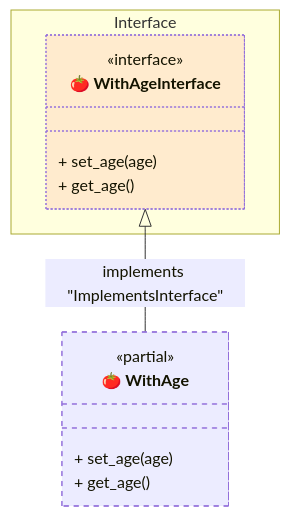
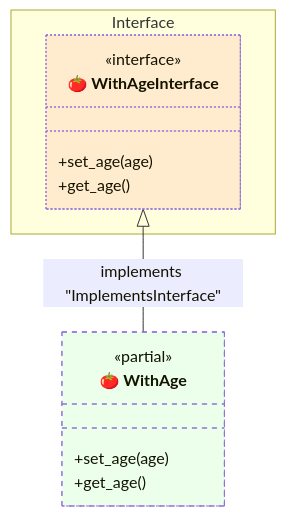
Before and after one commit to thecodecrate/python-pipeline: the eighth of 12 diagrams in tests/spec-001--class-composition-with-partial-classes.md, drawn with Mermaid. The commit also changed other lines of this file, not shown here.

````diff
--- a/tests/spec-001--class-composition-with-partial-classes.md
+++ b/tests/spec-001--class-composition-with-partial-classes.md
@@ -365,31 +389,32 @@
 ```mermaid
 classDiagram
     namespace Interface {
         class Interface1["🍅 WithAgeInterface"] {
             <<interface>>
-            + set_age(age)
-            + get_age()
+            +set_age(age)
+            +get_age()
         }
     }
 
-    class Partial1["🍅 WithAge"] {
+    class Partial1_["🍅 WithAge"] {
         <<partial>>
-        + set_age(age)
-        + get_age()
+        +set_age(age)
+        +get_age()
     }
 
     %% Relationships
-    Interface1 <|-- Partial1 : implements "ImplementsInterface"
+    Interface1 <|-- Partial1_ : implements "ImplementsInterface"
 
     %% Apply Styles
-    style Base fill:#ffff6020, stroke-dasharray: 5 5
-    style Composed bugfix:#111, stroke-width:2px, font-weight: bold
-    style Partial1 bugfix:#111, stroke-dasharray: 5 5
-    style Partial2 bugfix:#111, stroke-dasharray: 5 5
-    style Partial3 bugfix:#111, stroke-dasharray: 5 5
-    style Partial4 bugfix:#111, stroke-dasharray: 5 5
+    style Base_ fill:#ffff6020, stroke-dasharray: 5 5
+    style Composed_ bugfix:#111, stroke-width:2px, font-weight: bold
+    style External1 bugfix:#111, stroke-width:2px, font-weight: bold
+    style Partial1_ fill:#60ff6020, stroke-dasharray: 5 5
+    style Partial2_ fill:#60ff6020, stroke-dasharray: 5 5
+    style Partial3_ fill:#60ff6020, stroke-dasharray: 5 5
+    style Partial4_ fill:#60ff6020, stroke-dasharray: 5 5
     style Interface1 fill:#ff606020, stroke-dasharray: 2 2
     style Interface2 fill:#ff606020, stroke-dasharray: 2 2
     style Interface3 fill:#ff606020, stroke-dasharray: 2 2
     style Interface4 fill:#ff606020, stroke-dasharray: 2 2
 ```
````
